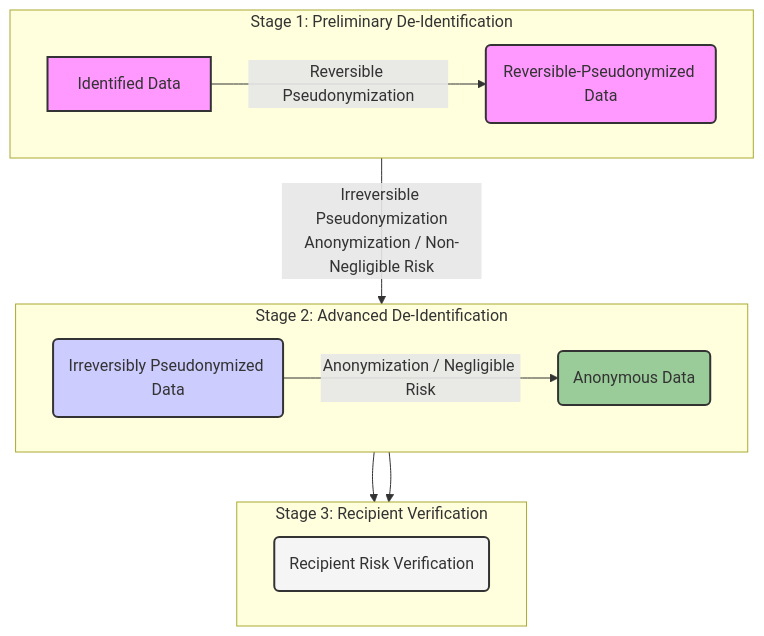
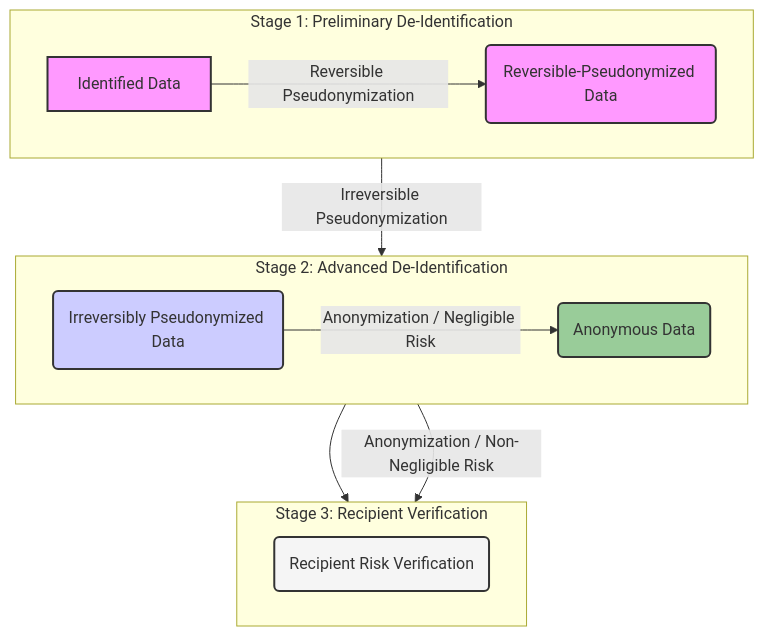
Before and after one commit to IHE/ITI.DeIdHandbook: the diagram in input/pagecontent/process.md, drawn with Mermaid.

Commit message:
Improve F_j estimation discussion and fix formatting
- Rephrase paragraph about population equivalence class size estimation challenges
- Fix grammar and spelling errors (estimiting->estimating, sampl->sample, etc.)
- Clarify trade-offs between accuracy and practicality in healthcare vs large datasets
- Improve overall readability of the F_j estimation guidance

````diff
--- a/input/pagecontent/process.md
+++ b/input/pagecontent/process.md
@@ -291,26 +291,26 @@
 ```mermaid
 graph TD
     subgraph "Stage 1: Preliminary De-Identification"
         direction LR
         A[Identified Data] -->|Reversible Pseudonymization| B(Reversible-Pseudonymized Data);
     end
 
     subgraph "Stage 2: Advanced De-Identification"
         direction LR
-        B -->|Irreversible Pseudonymization<br/>Anonymization / Non-Negligible Risk| C(Irreversibly Pseudonymized Data);
+        B -->|Irreversible Pseudonymization| C(Irreversibly Pseudonymized Data);
         C -->|Anonymization / Negligible Risk| D(Anonymous Data);
     end
     
     subgraph "Stage 3: Recipient Verification"
         direction LR
         D --> E(Recipient Risk Verification);
-        C --> E;
+        C -->|Anonymization / Non-Negligible Risk| E;
     end
 
     style A fill:#f9f,stroke:#333,stroke-width:2px
     style B fill:#f9f,stroke:#333,stroke-width:2px
     style C fill:#ccf,stroke:#333,stroke-width:2px
     style D fill:#9c9,stroke:#333,stroke-width:2px
     style E fill:#f5f5f5,stroke:#333,stroke-width:2px
 
 ```
````
